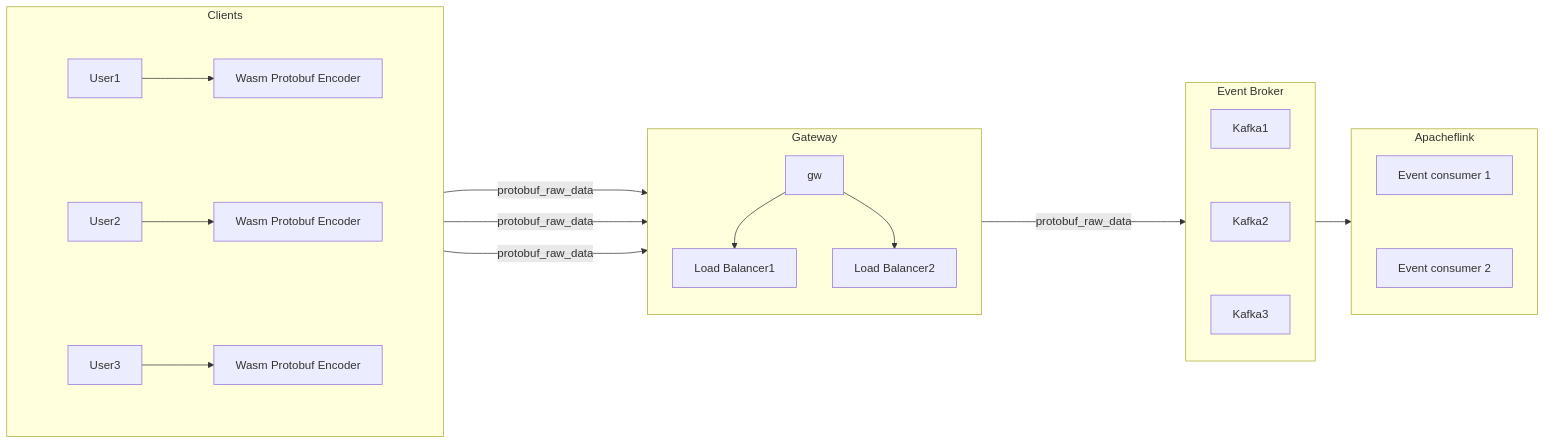
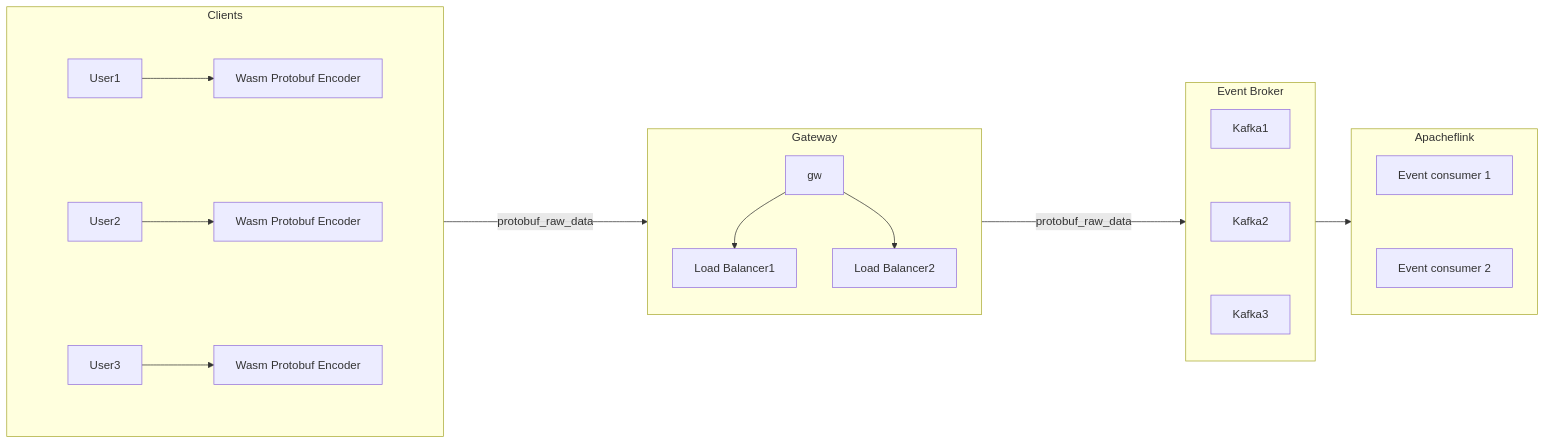
One commit to arupKumarGupta/arrogant-professor changed the diagram in weeks/week-01-scalability-edge/submission.md. Above: the diagram before and after it, drawn with Mermaid.

Commit message:
fix: started mermaid

````diff
--- a/weeks/week-01-scalability-edge/submission.md
+++ b/weeks/week-01-scalability-edge/submission.md
@@ -22,65 +22,64 @@
 ```mermaid
 flowchart LR
         subgraph client [Clients]
             direction TB
             
             subgraph r1 [ ]
                 direction LR
                 User1 --> wasm_enc1[Wasm Protobuf Encoder]
             end
 
             subgraph r2 [ ]
                 direction LR
                 User2 --> wasm_enc2[Wasm Protobuf Encoder]
             end
             
             subgraph r3 [ ]
                 direction LR
                 User3 --> wasm_enc3[Wasm Protobuf Encoder]
             end
             
             %% Corrected: Linked row containers instead of inner nodes, broken into pairs
             r1 ~~~ r2
             r2 ~~~ r3
         end
 
         subgraph Gateway
             direction TB
             gw
             Lb1[Load Balancer1]
             Lb2[Load Balancer2]
             
             gw --> Lb1 & Lb2
         end
 
         subgraph eb [Event Broker]
             direction TB
             k1[Kafka1]
             k2[Kafka2]
             k3[Kafka3]
             
             %% Corrected: Broken down into independent pairs to avoid engine panic
             k1 ~~~ k2
             k2 ~~~ k3
         end        
 
         subgraph Apacheflink
             f1[Event consumer 1]
             f2[Event consumer 2]
             f1 ~~~ f2
         end
 
 
     %% Clean mapping for multi-node outputs to ensure linear tracking
-    wasm_enc1 -- protobuf_raw_data ----> gw
-    wasm_enc2 -- protobuf_raw_data ----> gw
-    wasm_enc3 -- protobuf_raw_data ----> gw
+    client -- protobuf_raw_data ----> gw
+
     
     gw -- protobuf_raw_data ----> eb --> Apacheflink
 
 
     %% Clean up the border lines around your invisible user row wrappers
     style r1 fill:none,stroke:none;
     style r2 fill:none,stroke:none;
     style r3 fill:none,stroke:none;
 ```
````
